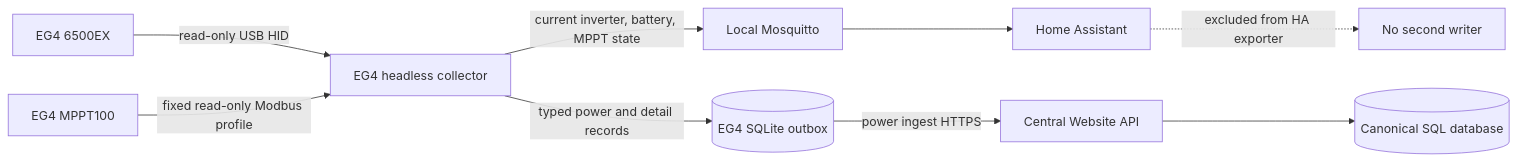
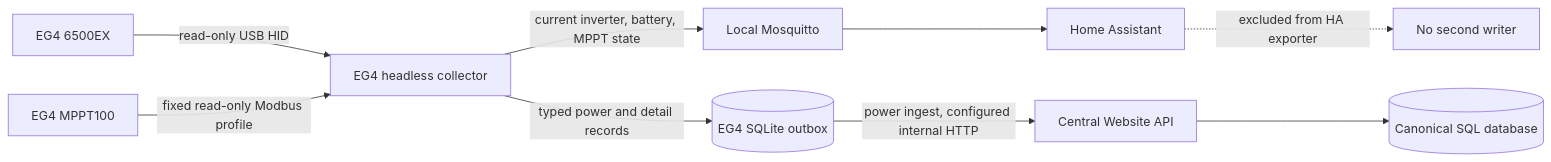
Before and after one commit to HualapaiValley/HVO.WebSite: the fourth of 7 diagrams in docs/architecture/EDGE_DATA_FLOWS.md, drawn with Mermaid. The commit also changed other lines of this file and 71 other files, not shown here.

````diff
--- a/docs/architecture/EDGE_DATA_FLOWS.md
+++ b/docs/architecture/EDGE_DATA_FLOWS.md
@@ -96,11 +100,11 @@
 ```mermaid
 flowchart LR
     INV[EG4 6500EX] -->|read-only USB HID| COL[EG4 headless collector]
     MPPT[EG4 MPPT100] -->|fixed read-only Modbus profile| COL
     COL -->|current inverter, battery, MPPT state| MQTT[Local Mosquitto]
     MQTT --> HA[Home Assistant]
     COL -->|typed power and detail records| OUT[(EG4 SQLite outbox)]
-    OUT -->|power ingest HTTPS| API[Central Website API]
+    OUT -->|power ingest, configured internal HTTP| API[Central Website API]
     API --> DB[(Canonical SQL database)]
     HA -. excluded from HA exporter .-> X[No second writer]
 ```
````
